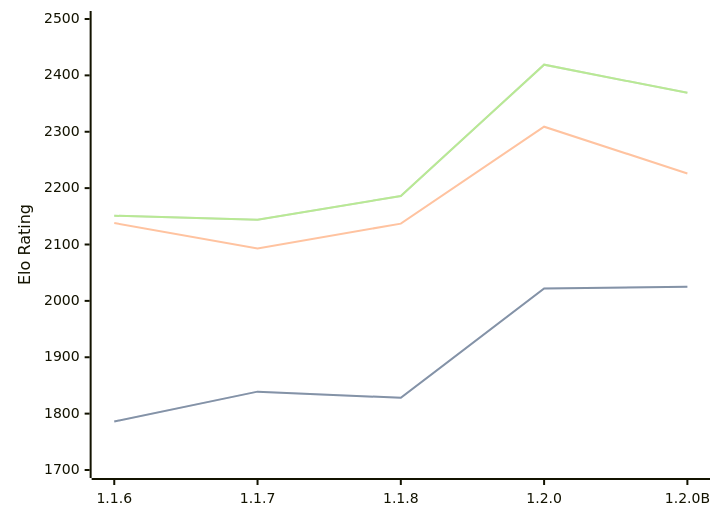
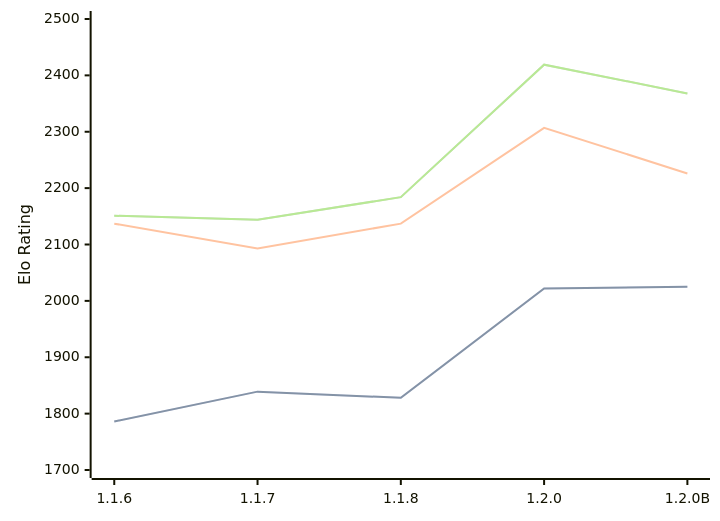
One commit to computer-chess-index/cci changed the diagram in engines/Soomi.md. Above: the diagram before and after it, drawn with Mermaid. The commit also changed other lines of this file, not shown here.

Commit message:
Update CCI Ratings (ELO VLTC) - 2026-06-10

````diff
--- a/engines/Soomi.md
+++ b/engines/Soomi.md
@@ -35,11 +35,11 @@
 ```mermaid
 %%{init: {"theme":"base","themeVariables":{"seriesColors:['#a3a3a3','#222221','#faa371']}}}%%
 xychart-beta
   x-axis ["1.1.6", "1.1.7", "1.1.8", "1.2.0", "1.2.0B"]
   y-axis "Elo Rating" 1700 --> 2500
   line "STC (8.0+0.08s)" [1786, 1839, 1828, 2022, 2025]
   line "STC (8.0+0.08s)" [1786, 1839, 1828, 2022, 2025]
-  line "LTC (60.0+0.60s)" [2138, 2093, 2137, 2309, 2226]
-  line "VLTC (2m24s+1.12s)" [2151, 2144, 2186, 2419, 2369]
-  line "VLTC (2m24s+1.12s)" [2151, 2144, 2186, 2419, 2369]
+  line "LTC (60.0+0.60s)" [2137, 2093, 2137, 2307, 2226]
+  line "VLTC (2m24s+1.12s)" [2151, 2144, 2184, 2419, 2368]
+  line "VLTC (2m24s+1.12s)" [2151, 2144, 2184, 2419, 2368]
 ```
````
